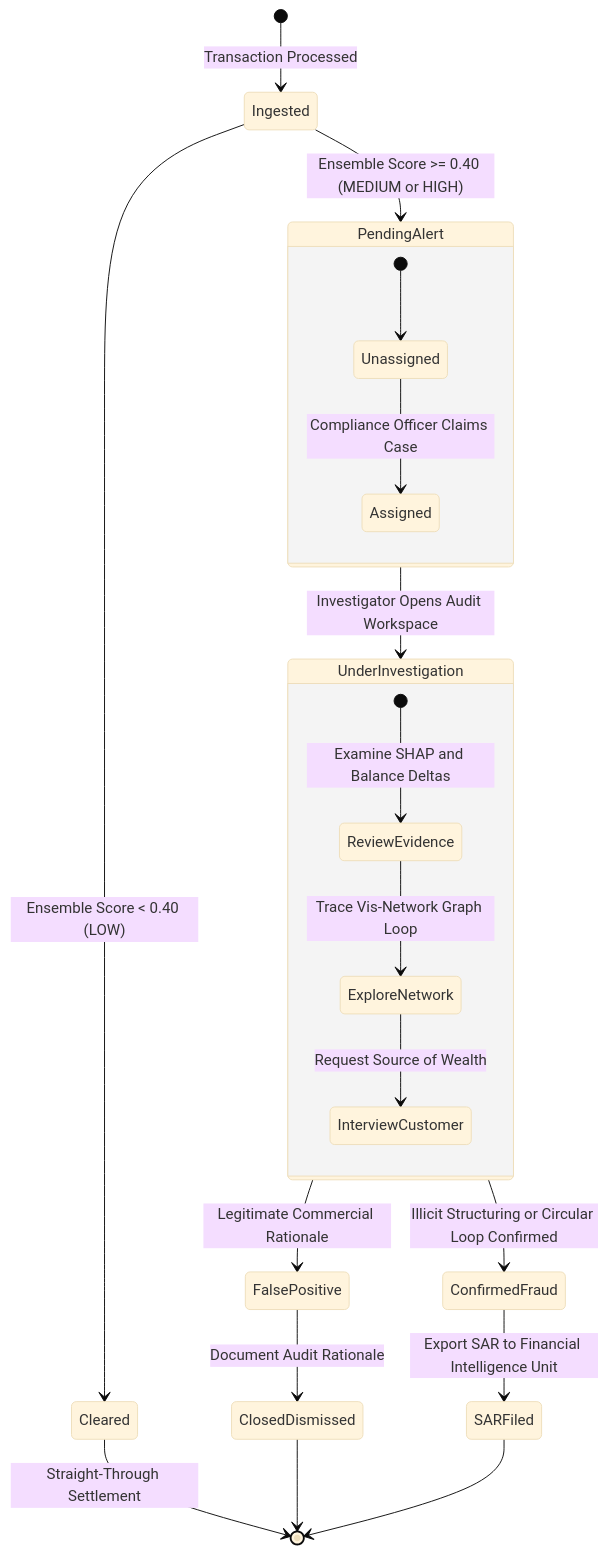
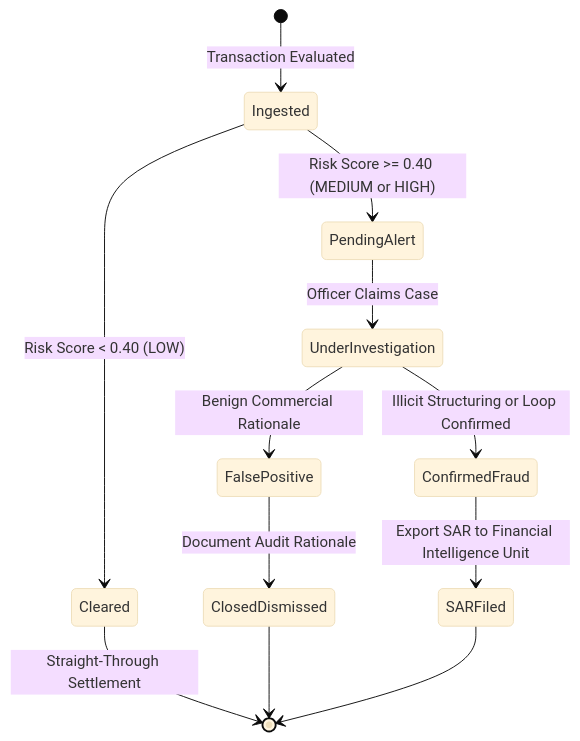
One commit to BharathKumar113/anti_money_laundering changed diagram 14 of 14 in documentation.md. Above: the diagram before and after it, drawn with Mermaid (base theme). The commit also changed other lines of this file, not shown here.

Commit message:
docs: finalize full-length academic documentation with dual-rendered UML and architecture diagrams

````diff
--- a/documentation.md
+++ b/documentation.md
@@ -797,30 +1005,18 @@
 ```mermaid
 stateDiagram-v2
-    [*] --> Ingested: Transaction Processed
-    Ingested --> Cleared: Ensemble Score < 0.40 (LOW)
+    [*] --> Ingested: Transaction Evaluated
+    Ingested --> Cleared: Risk Score < 0.40 (LOW)
     Cleared --> [*]: Straight-Through Settlement
 
-    Ingested --> PendingAlert: Ensemble Score >= 0.40 (MEDIUM or HIGH)
+    Ingested --> PendingAlert: Risk Score >= 0.40 (MEDIUM or HIGH)
     
-    state PendingAlert {
-        [*] --> Unassigned
-        Unassigned --> Assigned: Compliance Officer Claims Case
-    }
-
-    PendingAlert --> UnderInvestigation: Investigator Opens Audit Workspace
-    
-    state UnderInvestigation {
-        [*] --> ReviewEvidence: Examine SHAP and Balance Deltas
-        ReviewEvidence --> ExploreNetwork: Trace Vis-Network Graph Loop
-        ExploreNetwork --> InterviewCustomer: Request Source of Wealth
-    }
-
-    UnderInvestigation --> FalsePositive: Legitimate Commercial Rationale
-    UnderInvestigation --> ConfirmedFraud: Illicit Structuring or Circular Loop Confirmed
+    PendingAlert --> UnderInvestigation: Officer Claims Case
+    UnderInvestigation --> FalsePositive: Benign Commercial Rationale
+    UnderInvestigation --> ConfirmedFraud: Illicit Structuring or Loop Confirmed
 
     FalsePositive --> ClosedDismissed: Document Audit Rationale
     ConfirmedFraud --> SARFiled: Export SAR to Financial Intelligence Unit
-    
+
     ClosedDismissed --> [*]
     SARFiled --> [*]
 ```
````
